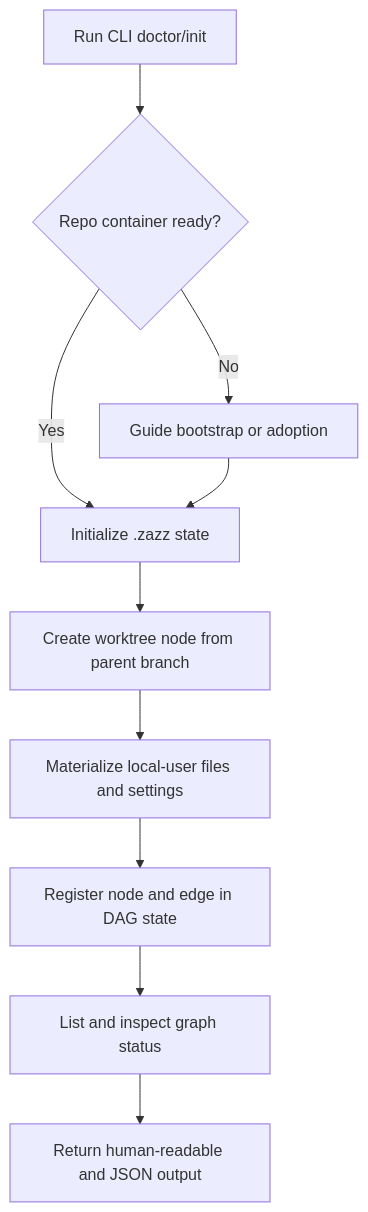
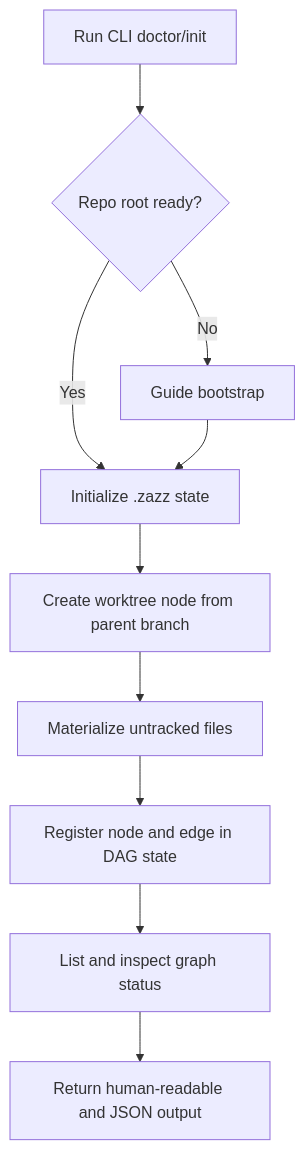
The second of 5 diagrams in docs/features/worktree-orchestration-cli.md (zazzcode/zazz), drawn with Mermaid before and after one commit. The commit also changed other lines of this file and 7 other files, not shown here.

````diff
--- a/docs/features/worktree-orchestration-cli.md
+++ b/docs/features/worktree-orchestration-cli.md
@@ -77,12 +78,12 @@
 ```mermaid
 flowchart TD
-    A["Run CLI doctor/init"] --> B{"Repo container ready?"}
-    B -->|No| C["Guide bootstrap or adoption"]
+    A["Run CLI doctor/init"] --> B{"Repo root ready?"}
+    B -->|No| C["Guide bootstrap"]
     B -->|Yes| D["Initialize .zazz state"]
     C --> D
     D --> E["Create worktree node from parent branch"]
-    E --> F["Materialize local-user files and settings"]
+    E --> F["Materialize untracked files"]
     F --> G["Register node and edge in DAG state"]
     G --> H["List and inspect graph status"]
     H --> I["Return human-readable and JSON output"]
 ```
````
